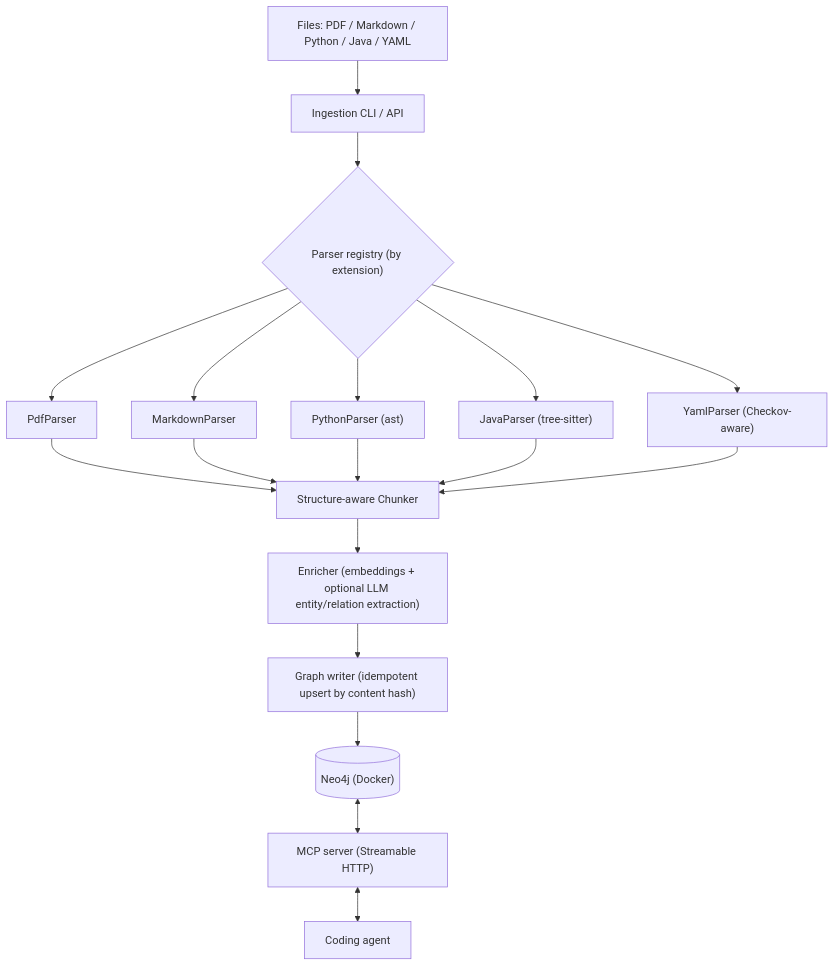
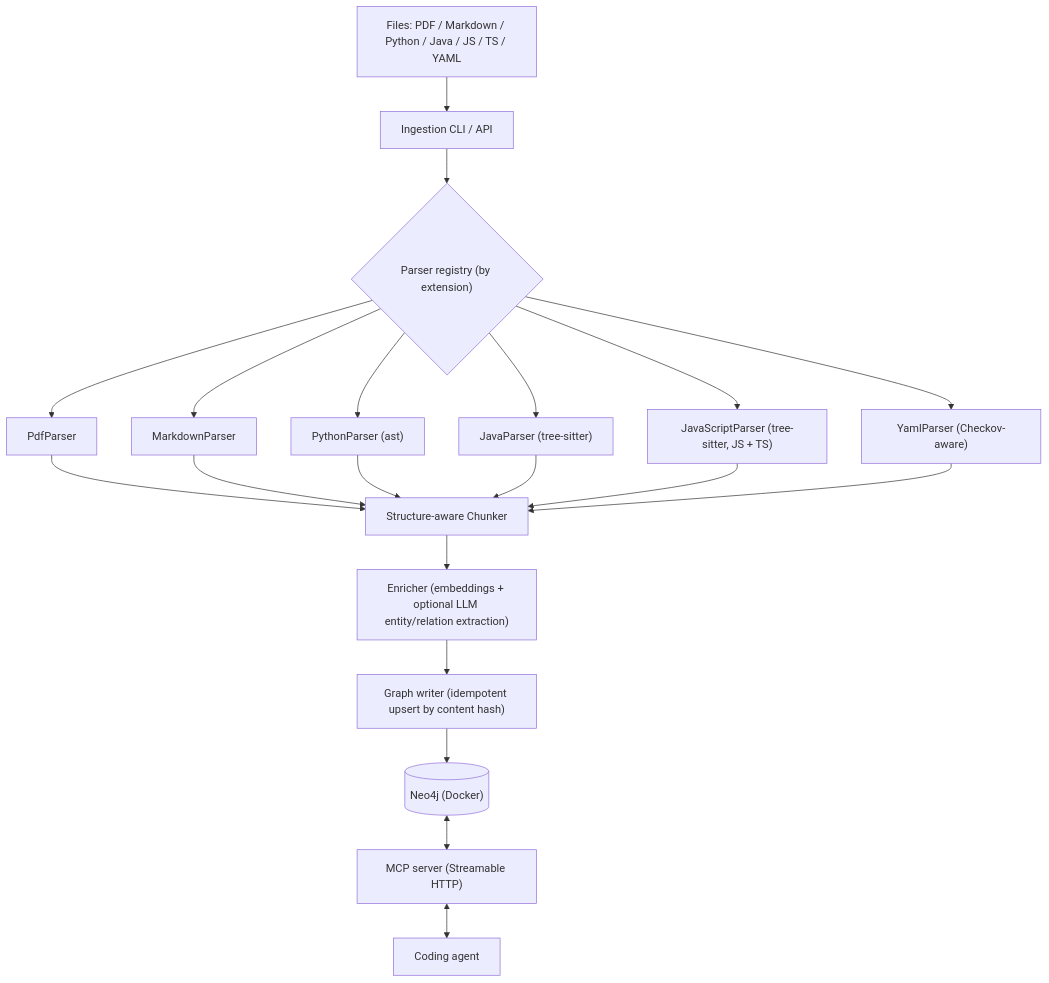
The diagram in README.md (tmustafiz/graph-rag), drawn with Mermaid before and after one commit. The commit also changed other lines of this file and 14 other files, not shown here.

````diff
--- a/README.md
+++ b/README.md
@@ -345,20 +345,22 @@
 ```mermaid
 flowchart TD
-    A["Files: PDF / Markdown / Python / Java / YAML"] --> B["Ingestion CLI / API"]
+    A["Files: PDF / Markdown / Python / Java / JS / TS / YAML"] --> B["Ingestion CLI / API"]
     B --> C{"Parser registry (by extension)"}
     C --> C1["PdfParser"]
     C --> C2["MarkdownParser"]
     C --> C3["PythonParser (ast)"]
     C --> C4["JavaParser (tree-sitter)"]
-    C --> C5["YamlParser (Checkov-aware)"]
+    C --> C5["JavaScriptParser (tree-sitter, JS + TS)"]
+    C --> C6["YamlParser (Checkov-aware)"]
     C1 --> D["Structure-aware Chunker"]
     C2 --> D
     C3 --> D
     C4 --> D
     C5 --> D
+    C6 --> D
     D --> E["Enricher (embeddings + optional LLM entity/relation extraction)"]
     E --> F["Graph writer (idempotent upsert by content hash)"]
     F --> G[("Neo4j (Docker)")]
     G <--> H["MCP server (Streamable HTTP)"]
     H <--> I["Coding agent"]
 ```
````
